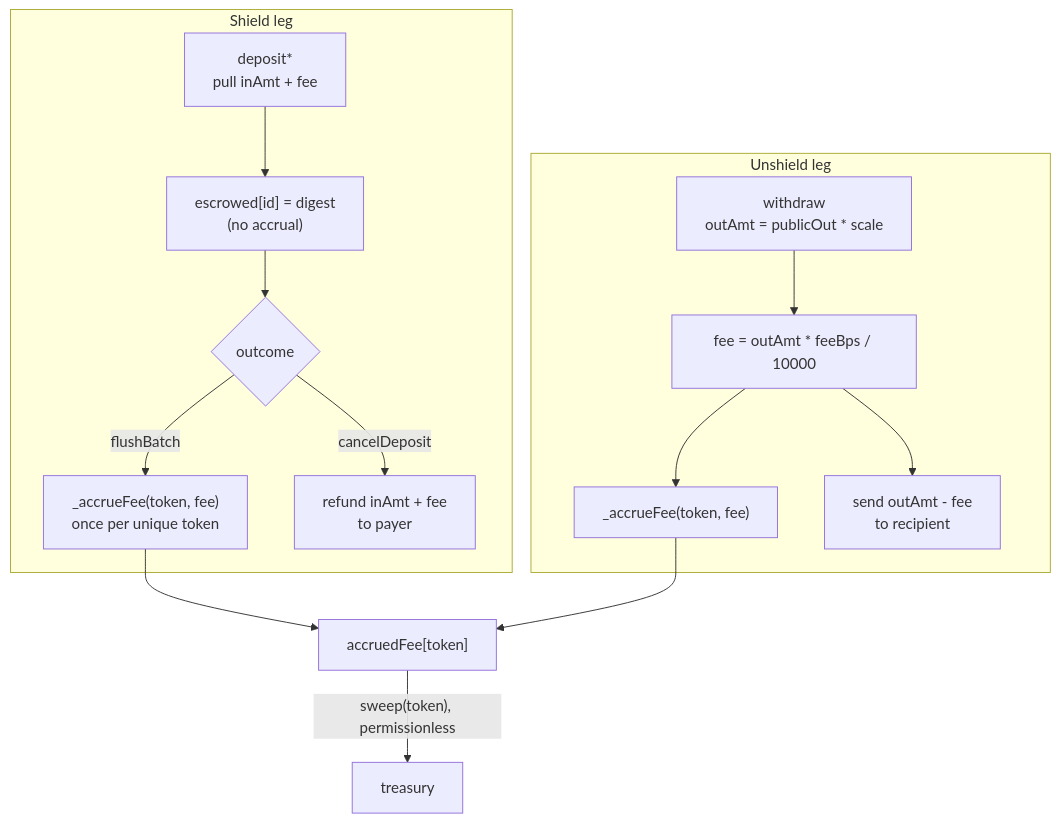
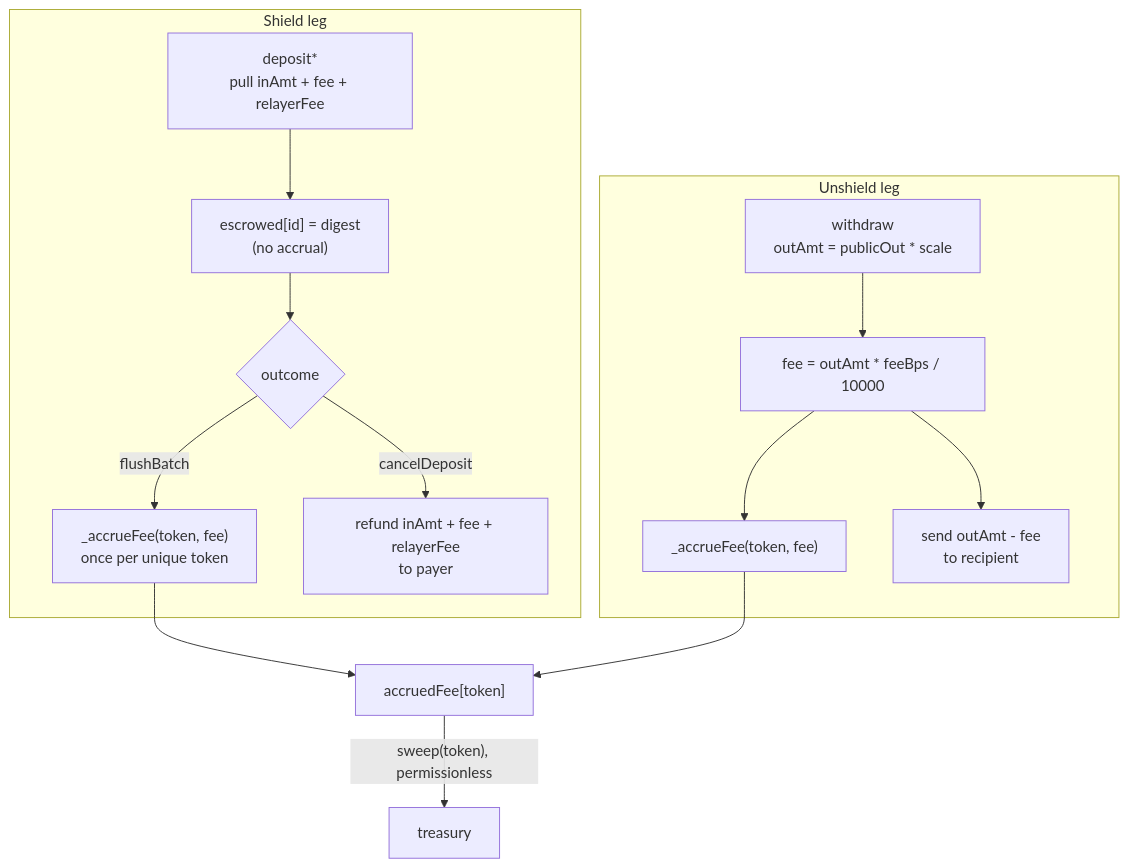
One commit to lelantos-org/contracts changed the ninth of 10 diagrams in src/README.md. Above: the diagram before and after it, drawn with Mermaid. The commit also changed other lines of this file and 60 other files, not shown here.

````diff
--- a/src/README.md
+++ b/src/README.md
@@ -400,17 +400,17 @@
 ```mermaid
 flowchart TD
   subgraph SHIELD["Shield leg"]
-    S1["deposit*<br/>pull inAmt + fee"] --> S2["escrowed[id] = digest<br/>(no accrual)"]
+    S1["deposit*<br/>pull inAmt + fee + relayerFee"] --> S2["escrowed[id] = digest<br/>(no accrual)"]
     S2 --> S3{"outcome"}
     S3 -->|flushBatch| S4["_accrueFee(token, fee)<br/>once per unique token"]
-    S3 -->|cancelDeposit| S5["refund inAmt + fee<br/>to payer"]
+    S3 -->|cancelDeposit| S5["refund inAmt + fee + relayerFee<br/>to payer"]
   end
   subgraph UNSHIELD["Unshield leg"]
     W1["withdraw<br/>outAmt = publicOut * scale"] --> W2["fee = outAmt * feeBps / 10000"]
     W2 --> W3["_accrueFee(token, fee)"]
     W2 --> W4["send outAmt - fee<br/>to recipient"]
   end
   S4 --> A["accruedFee[token]"]
   W3 --> A
   A -->|"sweep(token), permissionless"| TR["treasury"]
 ```
````
